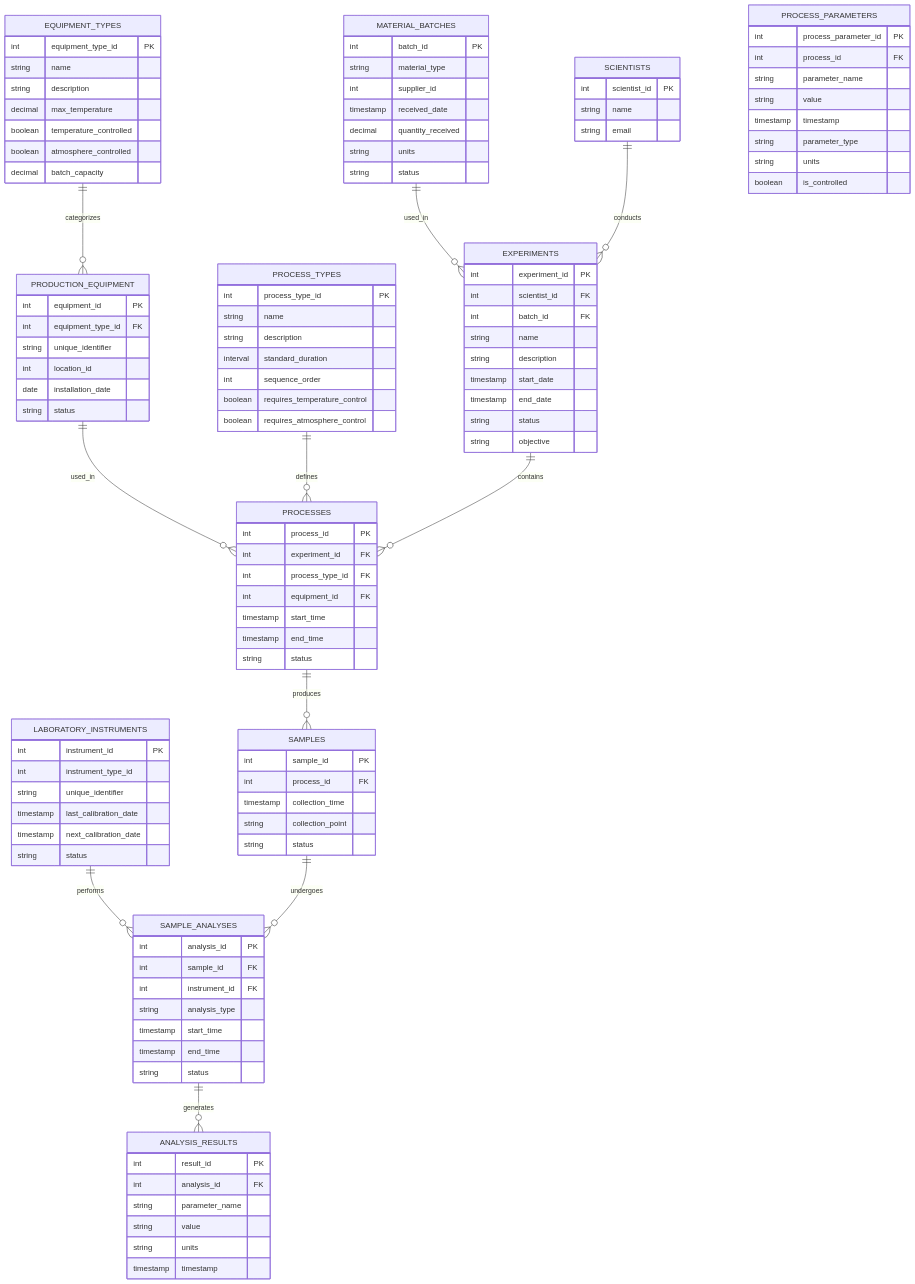
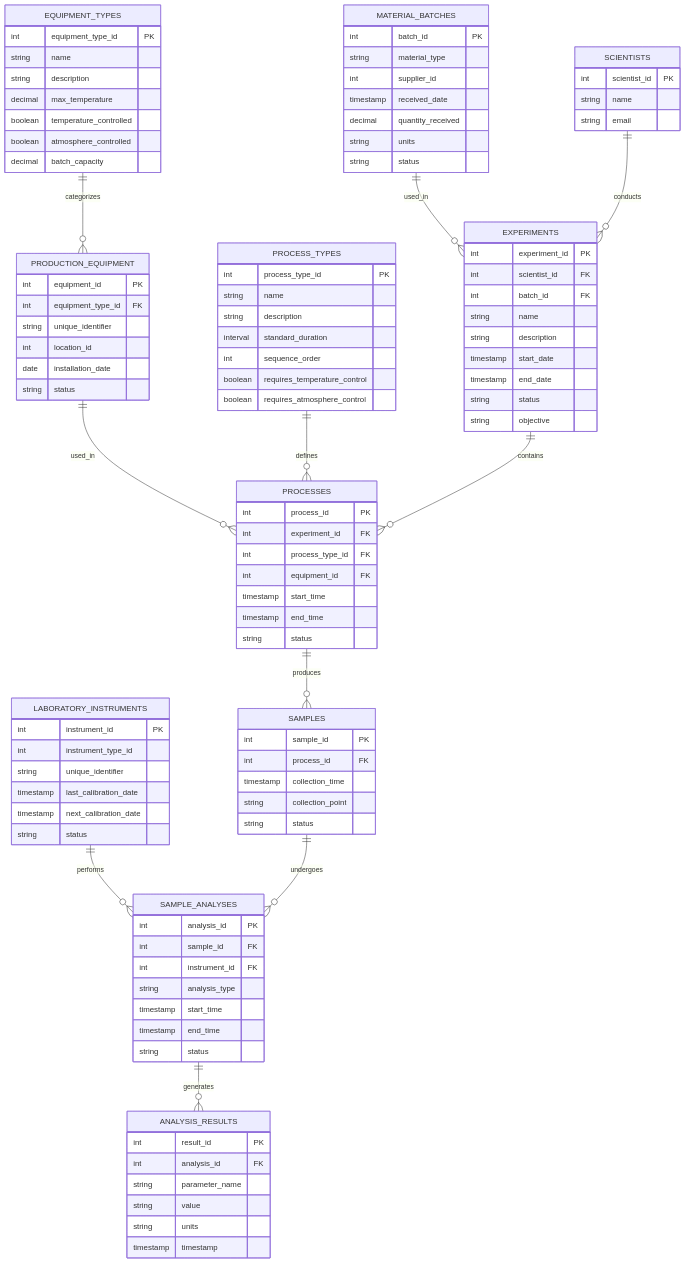
One commit to ojsindher/lab-database changed the diagram in docs/ERD.md. Above: the diagram before and after it, drawn with Mermaid.

```diff
--- a/docs/ERD.md
+++ b/docs/ERD.md
@@ -80,17 +80,6 @@
         string status
     }
 
-    PROCESS_PARAMETERS {
-        int process_parameter_id PK
-        int process_id FK
-        string parameter_name
-        string value
-        timestamp timestamp
-        string parameter_type
-        string units
-        boolean is_controlled
-    }
-
     SAMPLES {
         int sample_id PK
         int process_id FK
```
